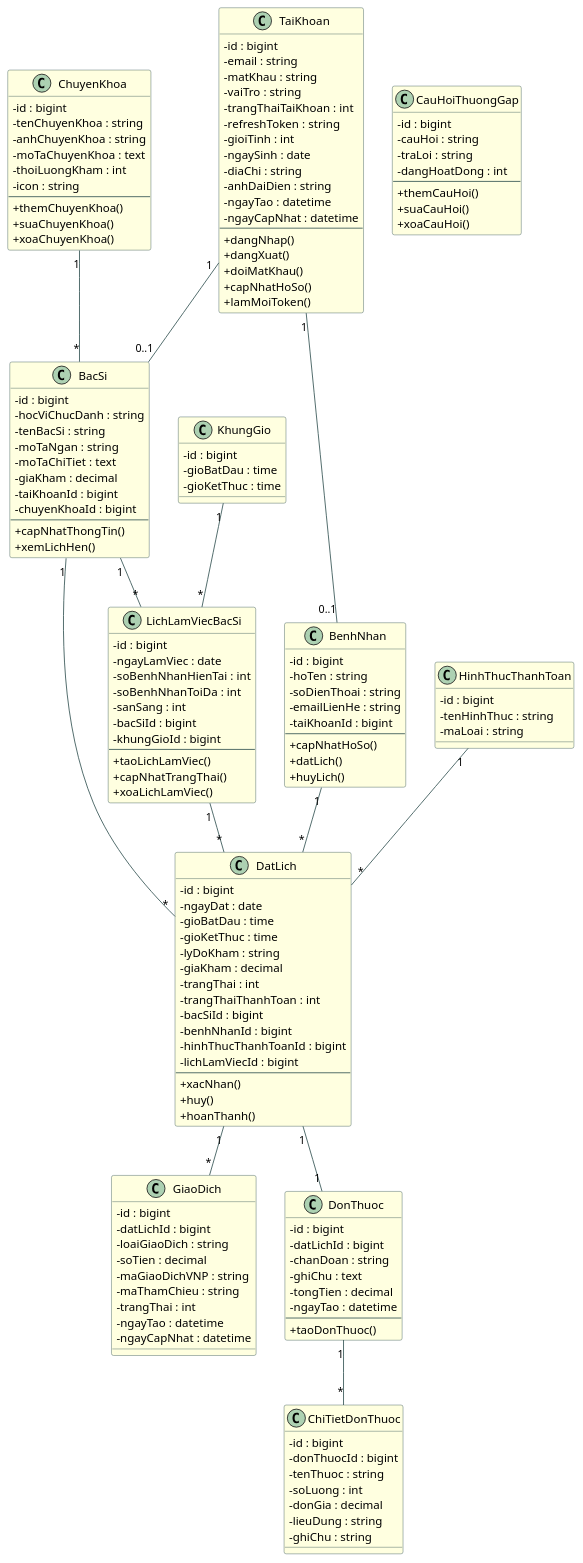
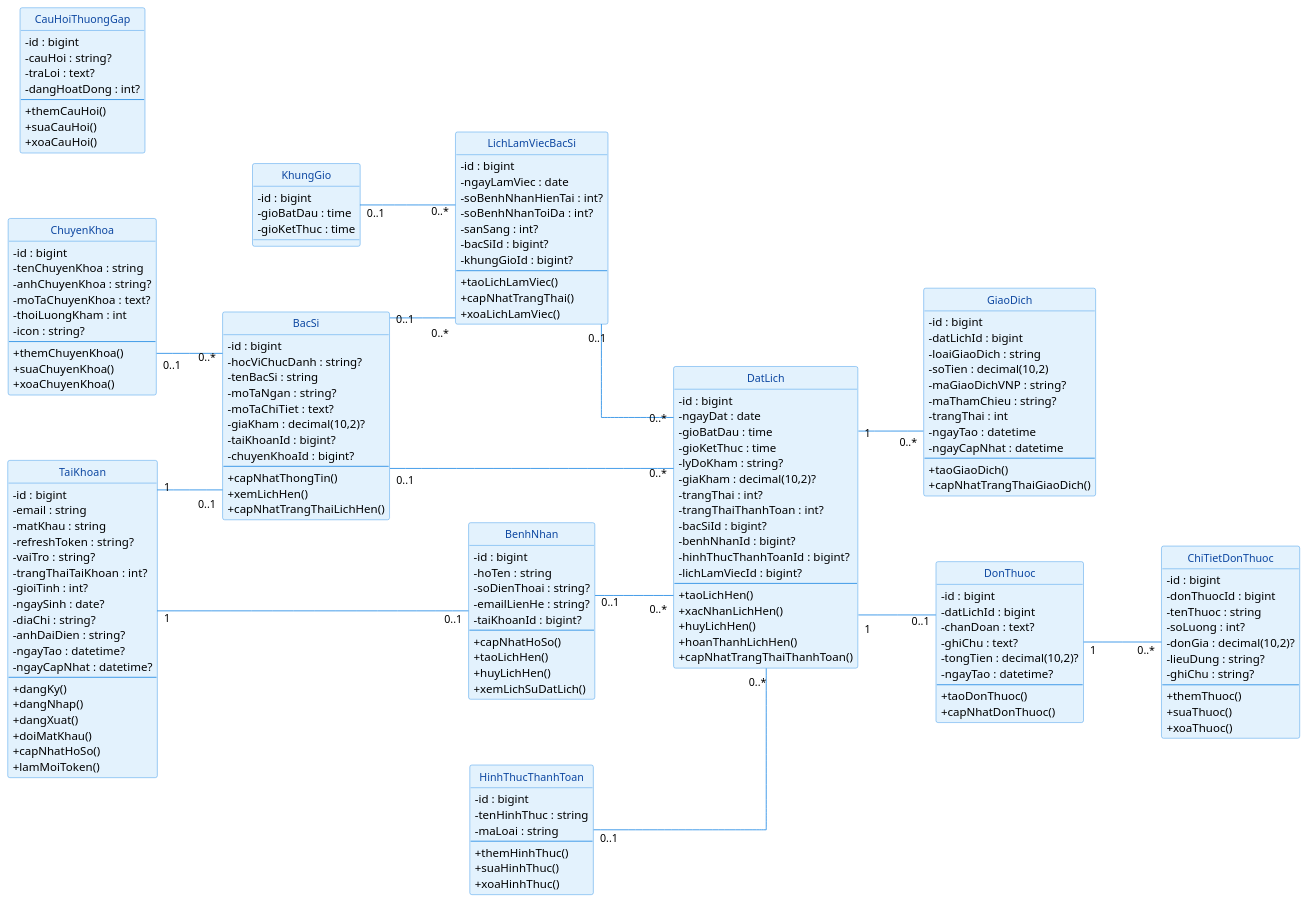
The diagram in server/doc/diagrams/DB_02_ClassDiagram.puml (yqhuouc/HealthCare), drawn with PlantUML before and after one commit. The commit also changed 39 other files, not shown here.

Commit message:
docs: add comprehensive UML class, use case, and activity diagrams for clinic system domain

```diff
--- a/server/doc/diagrams/DB_02_ClassDiagram.puml
+++ b/server/doc/diagrams/DB_02_ClassDiagram.puml
@@ -1,25 +1,41 @@
-@startuml Class_Diagram
+@startuml Class_Diagram_Clinic_Domain
+left to right direction
 skinparam classAttributeIconSize 0
+skinparam shadowing false
+skinparam linetype ortho
+skinparam backgroundColor #FFFFFF
+skinparam nodesep 80
+skinparam ranksep 80
+hide circle
+
 skinparam class {
-  BackgroundColor LightYellow
-  BorderColor DarkSlateGray
-  ArrowColor DarkSlateGray
+  BackgroundColor #E3F2FD
+  BorderColor #1E88E5
+  ArrowColor #1E88E5
+  FontColor #0D47A1
+  FontName Arial
+  FontSize 13
 }
+
+' Note:
+' - dau ? nghia la nullable trong schema.prisma
+' - method the hien nghiep vu o muc phan tich, code thuc te nam o controller/service
 
 class TaiKhoan {
   - id : bigint
   - email : string
   - matKhau : string
-  - vaiTro : string
-  - trangThaiTaiKhoan : int
-  - refreshToken : string
-  - gioiTinh : int
-  - ngaySinh : date
-  - diaChi : string
-  - anhDaiDien : string
-  - ngayTao : datetime
-  - ngayCapNhat : datetime
+  - refreshToken : string?
+  - vaiTro : string?
+  - trangThaiTaiKhoan : int?
+  - gioiTinh : int?
+  - ngaySinh : date?
+  - diaChi : string?
+  - anhDaiDien : string?
+  - ngayTao : datetime?
+  - ngayCapNhat : datetime?
   --
+  + dangKy()
   + dangNhap()
   + dangXuat()
   + doiMatKhau()
@@ -27,43 +43,45 @@
   + lamMoiToken()
 }
 
-class ChuyenKhoa {
-  - id : bigint
-  - tenChuyenKhoa : string
-  - anhChuyenKhoa : string
-  - moTaChuyenKhoa : text
-  - thoiLuongKham : int
-  - icon : string
-  --
-  + themChuyenKhoa()
-  + suaChuyenKhoa()
-  + xoaChuyenKhoa()
-}
-
 class BacSi {
   - id : bigint
-  - hocViChucDanh : string
+  - hocViChucDanh : string?
   - tenBacSi : string
-  - moTaNgan : string
-  - moTaChiTiet : text
-  - giaKham : decimal
-  - taiKhoanId : bigint
-  - chuyenKhoaId : bigint
+  - moTaNgan : string?
+  - moTaChiTiet : text?
+  - giaKham : decimal(10,2)?
+  - taiKhoanId : bigint?
+  - chuyenKhoaId : bigint?
   --
   + capNhatThongTin()
   + xemLichHen()
+  + capNhatTrangThaiLichHen()
 }
 
 class BenhNhan {
   - id : bigint
   - hoTen : string
-  - soDienThoai : string
-  - emailLienHe : string
-  - taiKhoanId : bigint
+  - soDienThoai : string?
+  - emailLienHe : string?
+  - taiKhoanId : bigint?
   --
   + capNhatHoSo()
-  + datLich()
-  + huyLich()
+  + taoLichHen()
+  + huyLichHen()
+  + xemLichSuDatLich()
+}
+
+class ChuyenKhoa {
+  - id : bigint
+  - tenChuyenKhoa : string
+  - anhChuyenKhoa : string?
+  - moTaChuyenKhoa : text?
+  - thoiLuongKham : int
+  - icon : string?
+  --
+  + themChuyenKhoa()
+  + suaChuyenKhoa()
+  + xoaChuyenKhoa()
 }
 
 class KhungGio {
@@ -72,24 +90,39 @@
   - gioKetThuc : time
 }
 
+class HinhThucThanhToan {
+  - id : bigint
+  - tenHinhThuc : string
+  - maLoai : string
+  --
+  + themHinhThuc()
+  + suaHinhThuc()
+  + xoaHinhThuc()
+}
+
+class CauHoiThuongGap {
+  - id : bigint
+  - cauHoi : string?
+  - traLoi : text?
+  - dangHoatDong : int?
+  --
+  + themCauHoi()
+  + suaCauHoi()
+  + xoaCauHoi()
+}
+
 class LichLamViecBacSi {
   - id : bigint
   - ngayLamViec : date
-  - soBenhNhanHienTai : int
-  - soBenhNhanToiDa : int
-  - sanSang : int
-  - bacSiId : bigint
-  - khungGioId : bigint
+  - soBenhNhanHienTai : int?
+  - soBenhNhanToiDa : int?
+  - sanSang : int?
+  - bacSiId : bigint?
+  - khungGioId : bigint?
   --
   + taoLichLamViec()
   + capNhatTrangThai()
   + xoaLichLamViec()
-}
-
-class HinhThucThanhToan {
-  - id : bigint
-  - tenHinhThuc : string
-  - maLoai : string
 }
 
 class DatLich {
@@ -97,81 +130,79 @@
   - ngayDat : date
   - gioBatDau : time
   - gioKetThuc : time
-  - lyDoKham : string
-  - giaKham : decimal
-  - trangThai : int
-  - trangThaiThanhToan : int
-  - bacSiId : bigint
-  - benhNhanId : bigint
-  - hinhThucThanhToanId : bigint
-  - lichLamViecId : bigint
+  - lyDoKham : string?
+  - giaKham : decimal(10,2)?
+  - trangThai : int?
+  - trangThaiThanhToan : int?
+  - bacSiId : bigint?
+  - benhNhanId : bigint?
+  - hinhThucThanhToanId : bigint?
+  - lichLamViecId : bigint?
   --
-  + xacNhan()
-  + huy()
-  + hoanThanh()
+  + taoLichHen()
+  + xacNhanLichHen()
+  + huyLichHen()
+  + hoanThanhLichHen()
+  + capNhatTrangThaiThanhToan()
 }
 
 class GiaoDich {
   - id : bigint
   - datLichId : bigint
   - loaiGiaoDich : string
-  - soTien : decimal
-  - maGiaoDichVNP : string
-  - maThamChieu : string
+  - soTien : decimal(10,2)
+  - maGiaoDichVNP : string?
+  - maThamChieu : string?
   - trangThai : int
   - ngayTao : datetime
   - ngayCapNhat : datetime
+  --
+  + taoGiaoDich()
+  + capNhatTrangThaiGiaoDich()
 }
 
 class DonThuoc {
   - id : bigint
   - datLichId : bigint
-  - chanDoan : string
-  - ghiChu : text
-  - tongTien : decimal
-  - ngayTao : datetime
+  - chanDoan : text?
+  - ghiChu : text?
+  - tongTien : decimal(10,2)?
+  - ngayTao : datetime?
   --
   + taoDonThuoc()
+  + capNhatDonThuoc()
 }
 
 class ChiTietDonThuoc {
   - id : bigint
   - donThuocId : bigint
   - tenThuoc : string
-  - soLuong : int
-  - donGia : decimal
-  - lieuDung : string
-  - ghiChu : string
+  - soLuong : int?
+  - donGia : decimal(10,2)?
+  - lieuDung : string?
+  - ghiChu : string?
+  --
+  + themThuoc()
+  + suaThuoc()
+  + xoaThuoc()
 }
 
-class CauHoiThuongGap {
-  - id : bigint
-  - cauHoi : string
-  - traLoi : string
-  - dangHoatDong : int
-  --
-  + themCauHoi()
-  + suaCauHoi()
-  + xoaCauHoi()
-}
+TaiKhoan "1" -- "0..1" BacSi 
+TaiKhoan "1" -- "0..1" BenhNhan 
 
-' ============================
-' QUAN HỆ VỚI MULTIPLICITY
-' ============================
-TaiKhoan "1" -- "0..1" BacSi
-TaiKhoan "1" -- "0..1" BenhNhan
+ChuyenKhoa "0..1" -- "0..*" BacSi 
+BacSi "0..1" -- "0..*" LichLamViecBacSi 
+KhungGio "0..1" -- "0..*" LichLamViecBacSi 
 
-ChuyenKhoa "1" -- "*" BacSi
+BacSi "0..1" -- "0..*" DatLich 
+BenhNhan "0..1" -- "0..*" DatLich 
+HinhThucThanhToan "0..1" -- "0..*" DatLich 
+LichLamViecBacSi "0..1" -- "0..*" DatLich 
 
-BacSi "1" -- "*" LichLamViecBacSi
-KhungGio "1" -- "*" LichLamViecBacSi
+DatLich "1" -- "0..*" GiaoDich 
+DatLich "1" -- "0..1" DonThuoc 
+DonThuoc "1" -- "0..*" ChiTietDonThuoc 
 
-BacSi "1" -- "*" DatLich
-BenhNhan "1" -- "*" DatLich
-HinhThucThanhToan "1" -- "*" DatLich
-LichLamViecBacSi "1" -- "*" DatLich
 
-DatLich "1" -- "*" GiaoDich
-DatLich "1" -- "1" DonThuoc
-DonThuoc "1" -- "*" ChiTietDonThuoc
+
 @enduml
```
